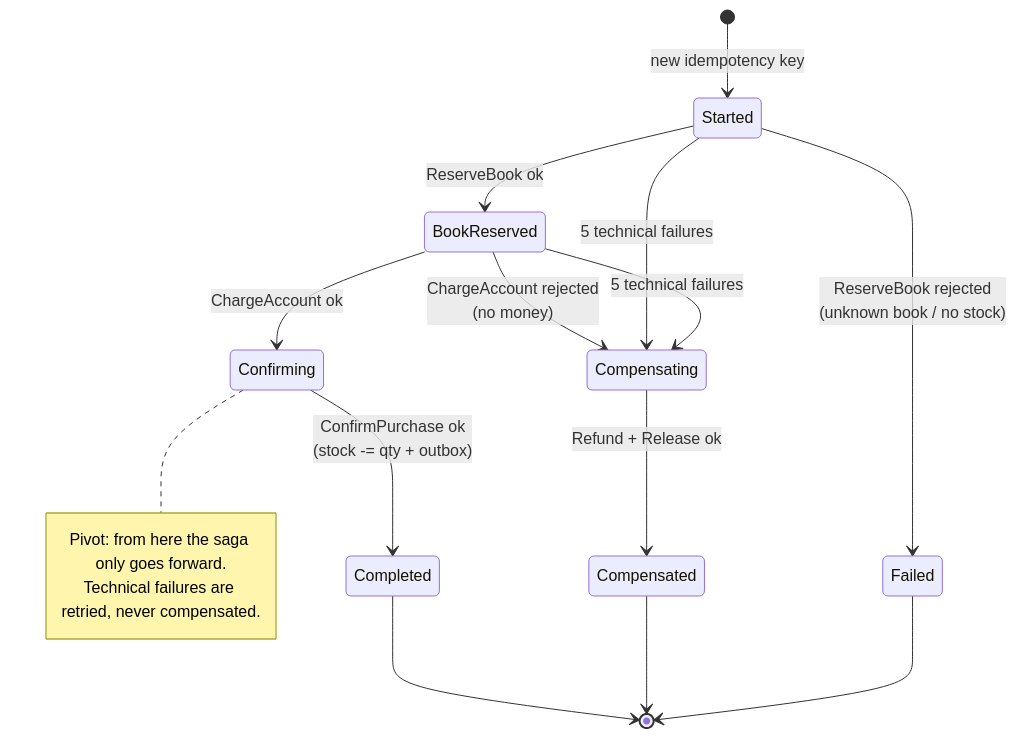
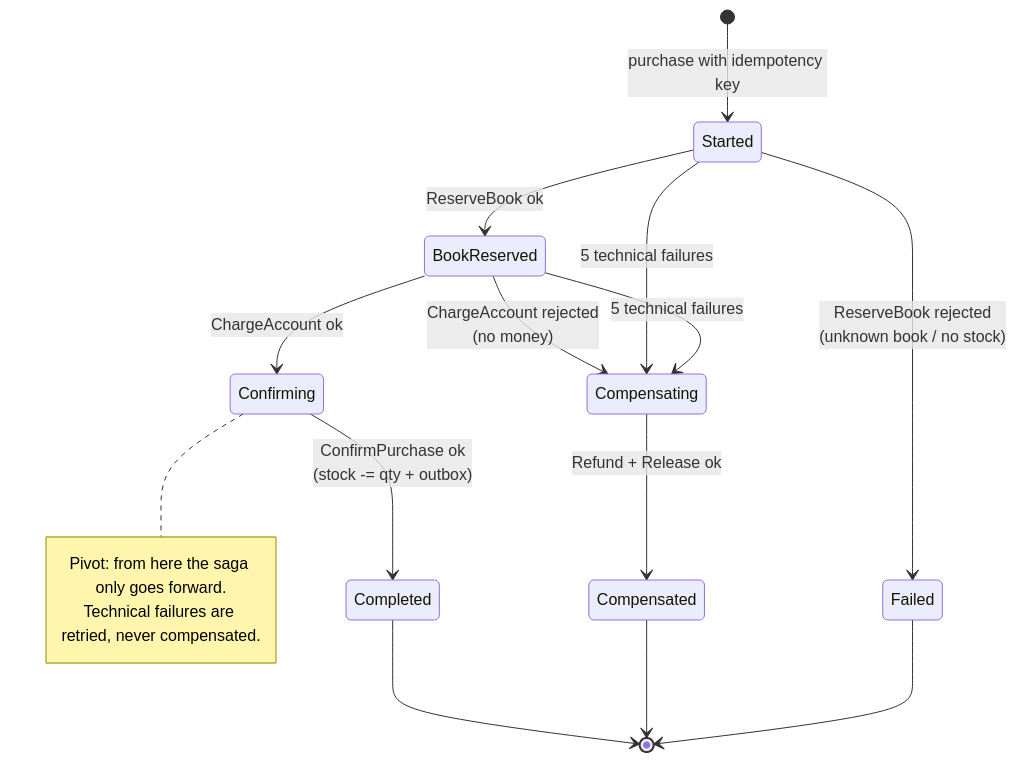
One commit to dusvn/Cloud-Computing-Task changed the diagram in README.md. Above: the diagram before and after it, drawn with Mermaid. The commit also changed other lines of this file, not shown here.

````diff
--- a/README.md
+++ b/README.md
@@ -51,20 +38,20 @@
 ```mermaid
 stateDiagram-v2
-    [*] --> Started : new idempotency key
+    [*] --> Started : purchase with idempotency key
     Started --> BookReserved : ReserveBook ok
     Started --> Failed : ReserveBook rejected<br/>(unknown book / no stock)
     BookReserved --> Confirming : ChargeAccount ok
     BookReserved --> Compensating : ChargeAccount rejected<br/>(no money)
     Started --> Compensating : 5 technical failures
     BookReserved --> Compensating : 5 technical failures
     Confirming --> Completed : ConfirmPurchase ok<br/>(stock -= qty + outbox)
     Compensating --> Compensated : Refund + Release ok
     Completed --> [*]
     Compensated --> [*]
     Failed --> [*]
 
     note right of Confirming
         Pivot: from here the saga only goes forward.
         Technical failures are retried, never compensated.
     end note
 ```
````
